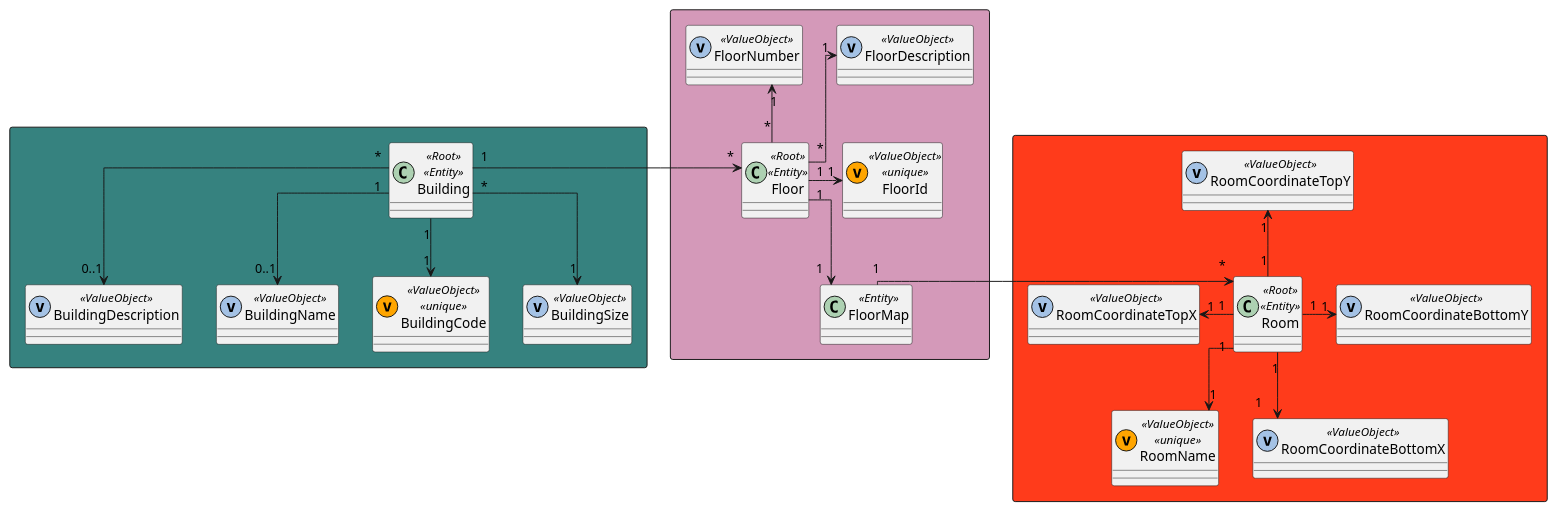
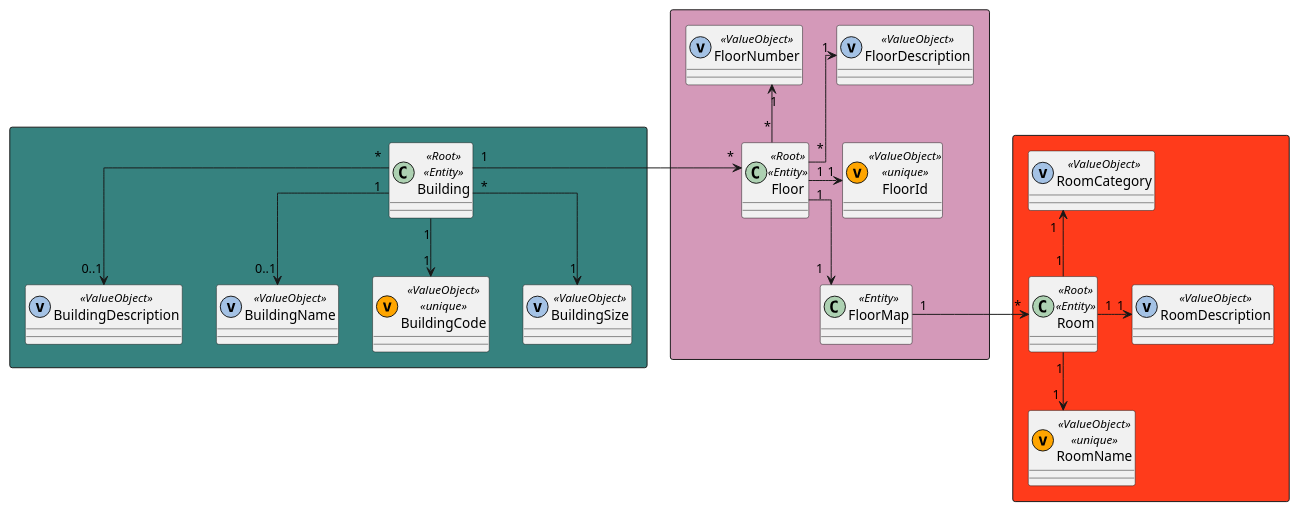
One commit to Pedro-Pereira1/sem5pi_23_24_g056 changed the diagram in docs/US_310/Diagrams/DomainModelExcerpt.puml. Above: the diagram before and after it, drawn with PlantUML. The commit also changed 2 other files, not shown here.

```diff
--- a/docs/US_310/Diagrams/DomainModelExcerpt.puml
+++ b/docs/US_310/Diagrams/DomainModelExcerpt.puml
@@ -1,59 +1,56 @@
 @startuml domain
 
 skinparam linetype ortho
 
 
 
 
 
 
 rectangle #36827F{
 class Building  << Root >> << Entity >>
 class BuildingDescription  << (v,#A4C2E5) ValueObject >>
 class BuildingName  << (v,#A4C2E5) ValueObject >>
 class BuildingCode  << (v,orange) ValueObject >> << unique >>
 class BuildingSize  << (v,#A4C2E5) ValueObject >>
 }
 '========================================================
 rectangle #FF3B1B{
 class Room << Root >> << Entity >>
 class RoomName << (v,orange) ValueObject >> << unique >>
-class RoomCoordinateTopX << (v,#A4C2E5) ValueObject >>
-class RoomCoordinateTopY << (v,#A4C2E5) ValueObject >>
-class RoomCoordinateBottomX << (v,#A4C2E5) ValueObject >>
-class RoomCoordinateBottomY << (v,#A4C2E5) ValueObject >>
+class RoomDescription  << (v,#A4C2E5) ValueObject >>
+class RoomCategory  << (v,#A4C2E5) ValueObject >>
+
 }
 '========================================================
 rectangle #D499B9{
 class Floor  << Root >> << Entity >>
 class FloorId  << (v,orange) ValueObject >> << unique >>
 class FloorDescription  << (v,#A4C2E5) ValueObject >>
 class FloorMap  << Entity >>
 class FloorNumber << (v,#A4C2E5) ValueObject >>
 }
 
 '========================================================
 
 
 
 
 Building "1"->"*" Floor
 Building "*"-->"0..1" BuildingDescription
 Building "1"-->"0..1" BuildingName
 Building "*"-->"1" BuildingSize
 Building "1"-->"1" BuildingCode
 
 Room "1"-d->"1" RoomName
-Room "1"-l->"1" RoomCoordinateTopX
-Room "1"-u->"1" RoomCoordinateTopY
-Room "1"-d->"1" RoomCoordinateBottomX
-Room "1"->"1" RoomCoordinateBottomY
+Room "1"-u->"1" RoomCategory
+Room "1"->"1" RoomDescription
 
 Floor "1"-d->"1" FloorMap
 Floor "*"-u->"1" FloorNumber
 Floor "*"-u->"1" FloorDescription
 Floor "1" -> "1" FloorId
 
 FloorMap "1"->"*" Room
 
 @enduml
```
